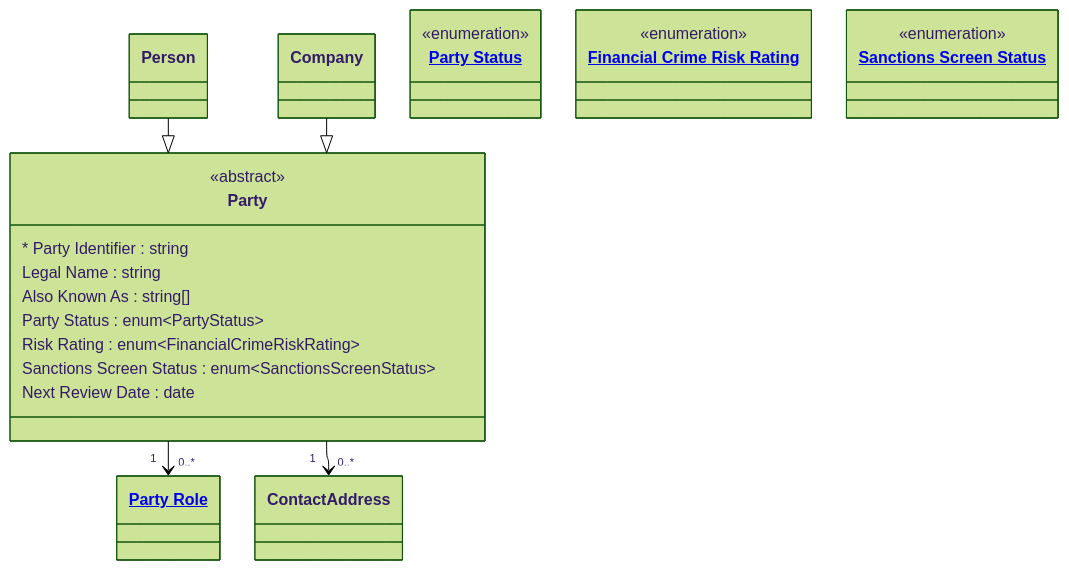
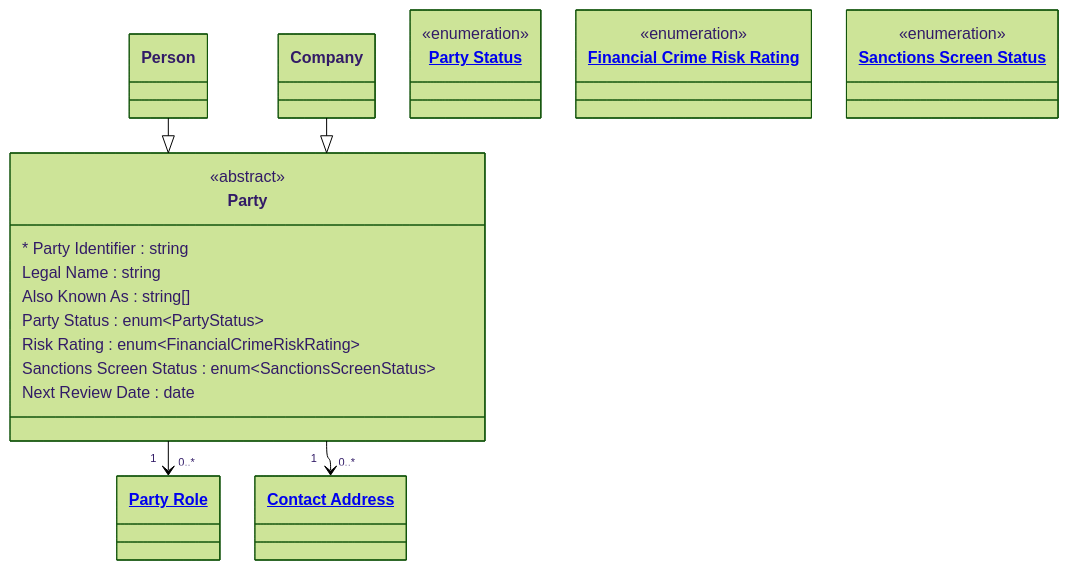
Before and after one commit to Semprini/md-ddl: the diagram in examples/Financial Crime/entities/party.md, drawn with Mermaid (forest theme). The commit also changed 60 other files, not shown here.

````diff
--- a/examples/Financial Crime/entities/party.md
+++ b/examples/Financial Crime/entities/party.md
@@ -13,33 +13,34 @@
 ```mermaid
 ---
 config:
   layout: elk
 ---
 classDiagram
   class Party{
     <<abstract>>
     * Party Identifier : string
     Legal Name : string
     Also Known As : string[]
     Party Status : enum~PartyStatus~
     Risk Rating : enum~FinancialCrimeRiskRating~
     Sanctions Screen Status : enum~SanctionsScreenStatus~
     Next Review Date : date
   }
 
   class Person
 
   class Company{
   }
 
   Person --|> Party
   Company --|> Party
   Party "1" --> "0..*" PartyRole
   Party "1" --> "0..*" ContactAddress
 
   class PartyStatus["<a href='../enums.md#party-status'>Party Status</a>"]{<<enumeration>>}
   class FinancialCrimeRiskRating["<a href='../enums.md#financial-crime-risk-rating'>Financial Crime Risk Rating</a>"]{<<enumeration>>}
   class SanctionsScreenStatus["<a href='../enums.md#sanctions-screen-status'>Sanctions Screen Status</a>"]{<<enumeration>>}
 
   class PartyRole["<a href='party_role.md'>Party Role</a>"]
+  class ContactAddress["<a href='contact_address.md'>Contact Address</a>"]
 ```
````
